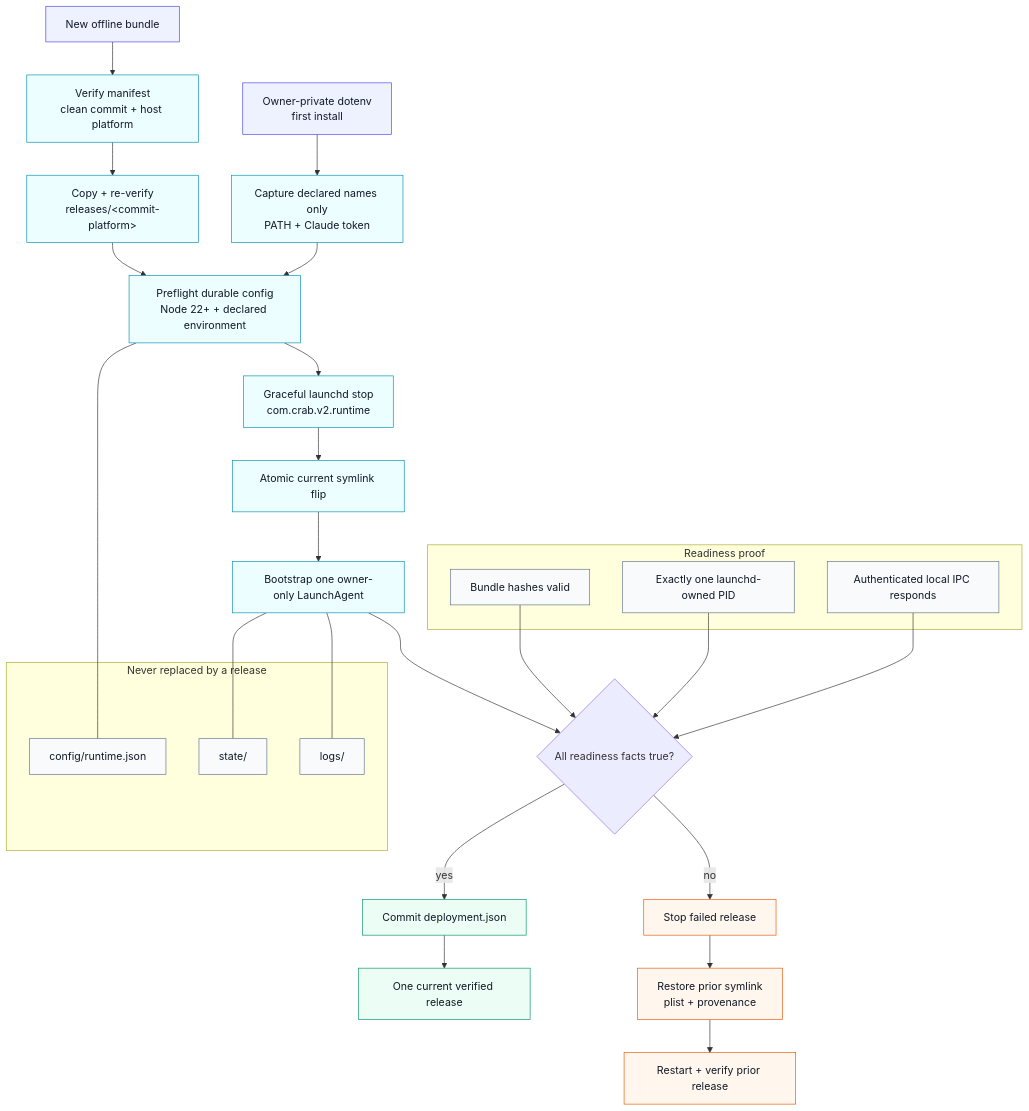
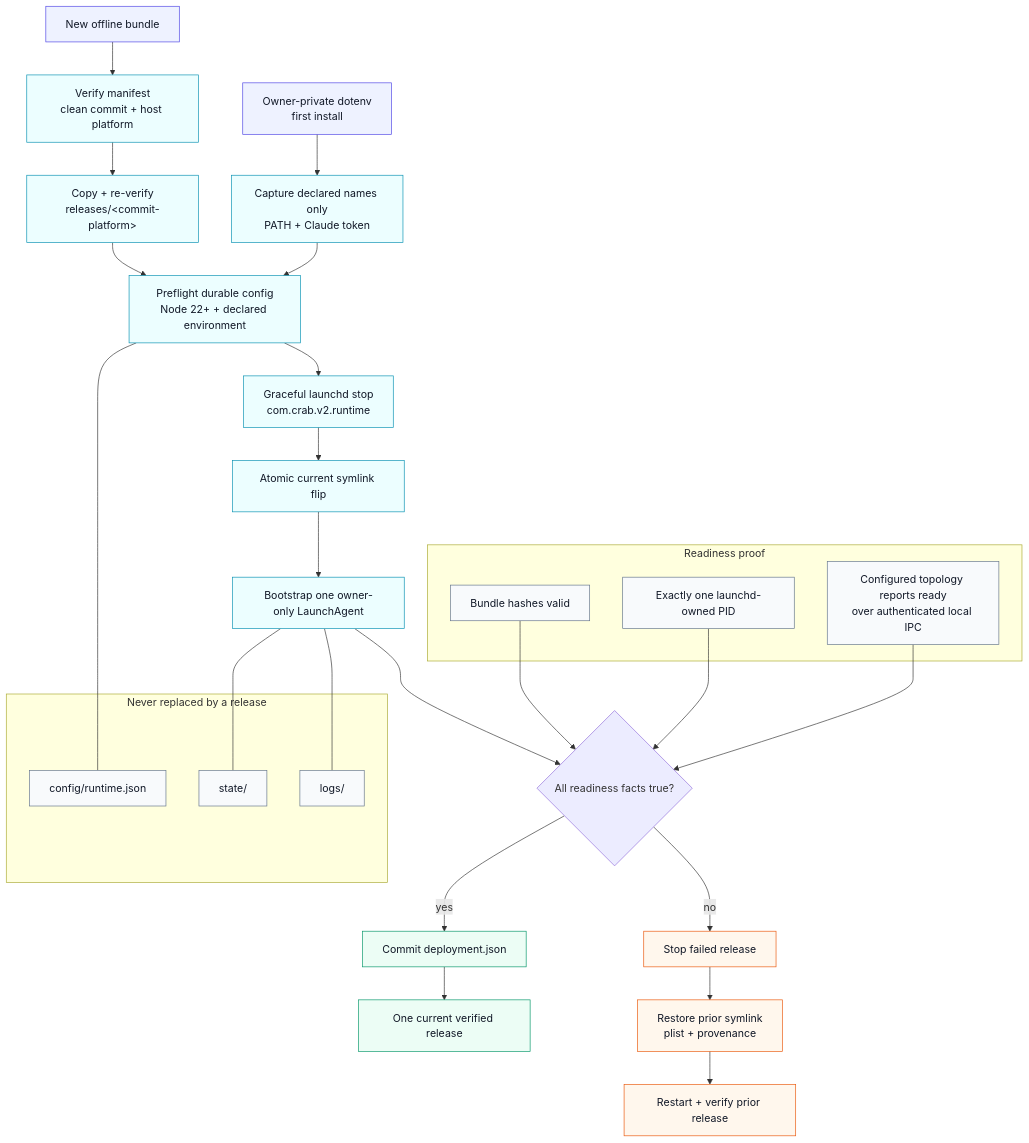
One commit to fontanierh/crab changed the diagram in v2/docs/runtime-deploy-flow.mmd. Above: the diagram before and after it, drawn with Mermaid. The commit also changed 17 other files, not shown here.

```diff
--- a/v2/docs/runtime-deploy-flow.mmd
+++ b/v2/docs/runtime-deploy-flow.mmd
@@ -1,46 +1,46 @@
 flowchart TB
     BUNDLE["New offline bundle"] --> VERIFY["Verify manifest<br/>clean commit + host platform"]
     VERIFY --> COPY["Copy + re-verify<br/>releases/&lt;commit-platform&gt;"]
     COPY --> PREFLIGHT["Preflight durable config<br/>Node 22+ + declared environment"]
     ENV["Owner-private dotenv<br/>first install"] --> CAPTURE["Capture declared names only<br/>PATH + Claude token"]
     CAPTURE --> PREFLIGHT
     PREFLIGHT --> STOP["Graceful launchd stop<br/>com.crab.v2.runtime"]
     STOP --> FLIP["Atomic current symlink flip"]
     FLIP --> START["Bootstrap one owner-only LaunchAgent"]
     START --> READY{"All readiness facts true?"}
 
     READY -->|yes| RECORD["Commit deployment.json"]
     RECORD --> LIVE["One current verified release"]
 
     READY -->|no| HALT["Stop failed release"]
     HALT --> RESTORE["Restore prior symlink<br/>plist + provenance"]
     RESTORE --> RESTART["Restart + verify prior release"]
 
     subgraph DURABLE["Never replaced by a release"]
         CONFIG["config/runtime.json"]
         STATE["state/"]
         LOGS["logs/"]
     end
     PREFLIGHT --- CONFIG
     START --- STATE
     START --- LOGS
 
     subgraph PROOF["Readiness proof"]
         HASH["Bundle hashes valid"]
         PID["Exactly one launchd-owned PID"]
-        IPC["Authenticated local IPC responds"]
+        IPC["Configured topology reports ready<br/>over authenticated local IPC"]
     end
     HASH --> READY
     PID --> READY
     IPC --> READY
 
     classDef input fill:#eef2ff,stroke:#4f46e5,color:#111827;
     classDef action fill:#ecfeff,stroke:#0891b2,color:#111827;
     classDef durable fill:#f8fafc,stroke:#64748b,color:#111827;
     classDef success fill:#ecfdf5,stroke:#059669,color:#111827;
     classDef rollback fill:#fff7ed,stroke:#ea580c,color:#111827;
     class BUNDLE,ENV input;
     class VERIFY,COPY,CAPTURE,PREFLIGHT,STOP,FLIP,START action;
     class CONFIG,STATE,LOGS,HASH,PID,IPC durable;
     class RECORD,LIVE success;
     class HALT,RESTORE,RESTART rollback;
```
